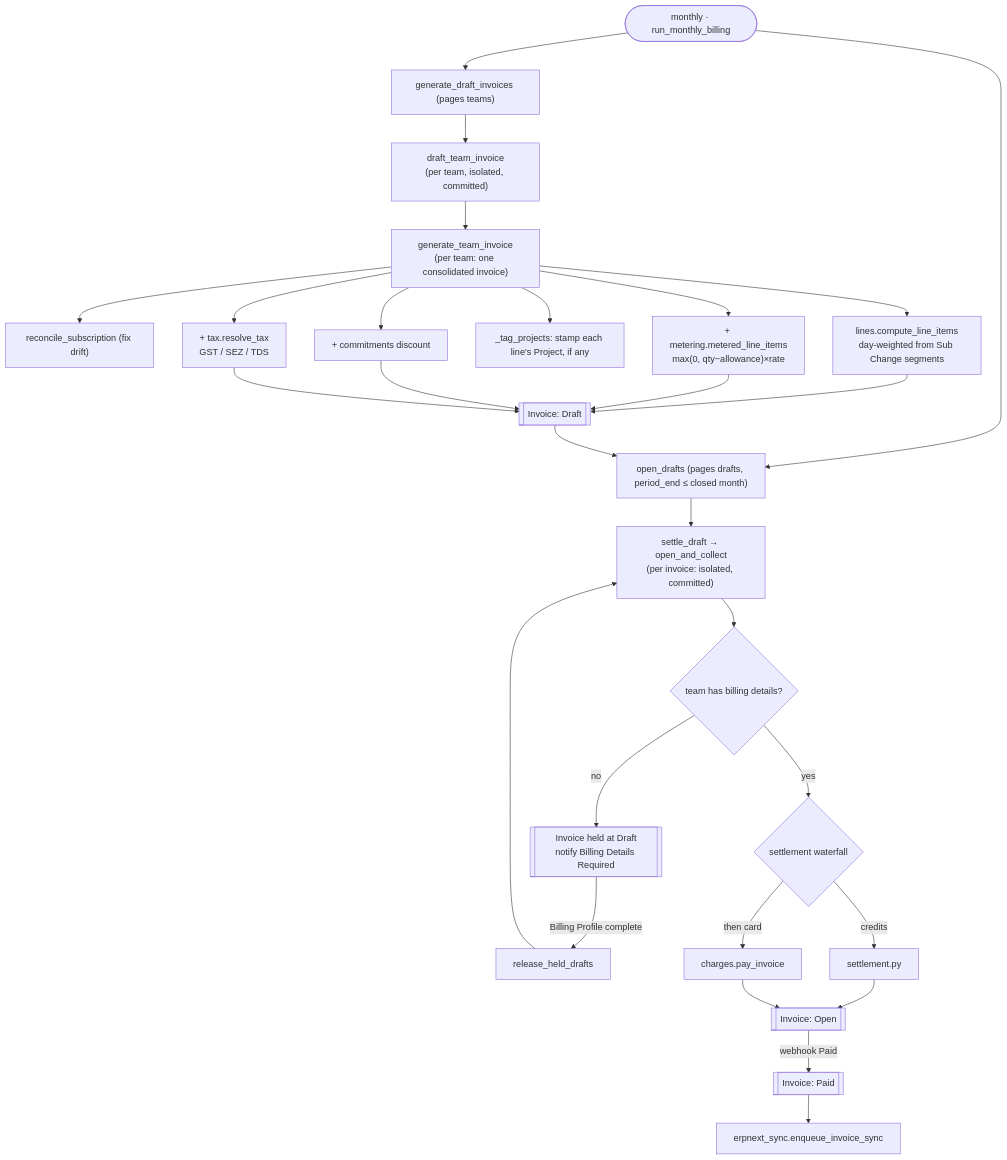
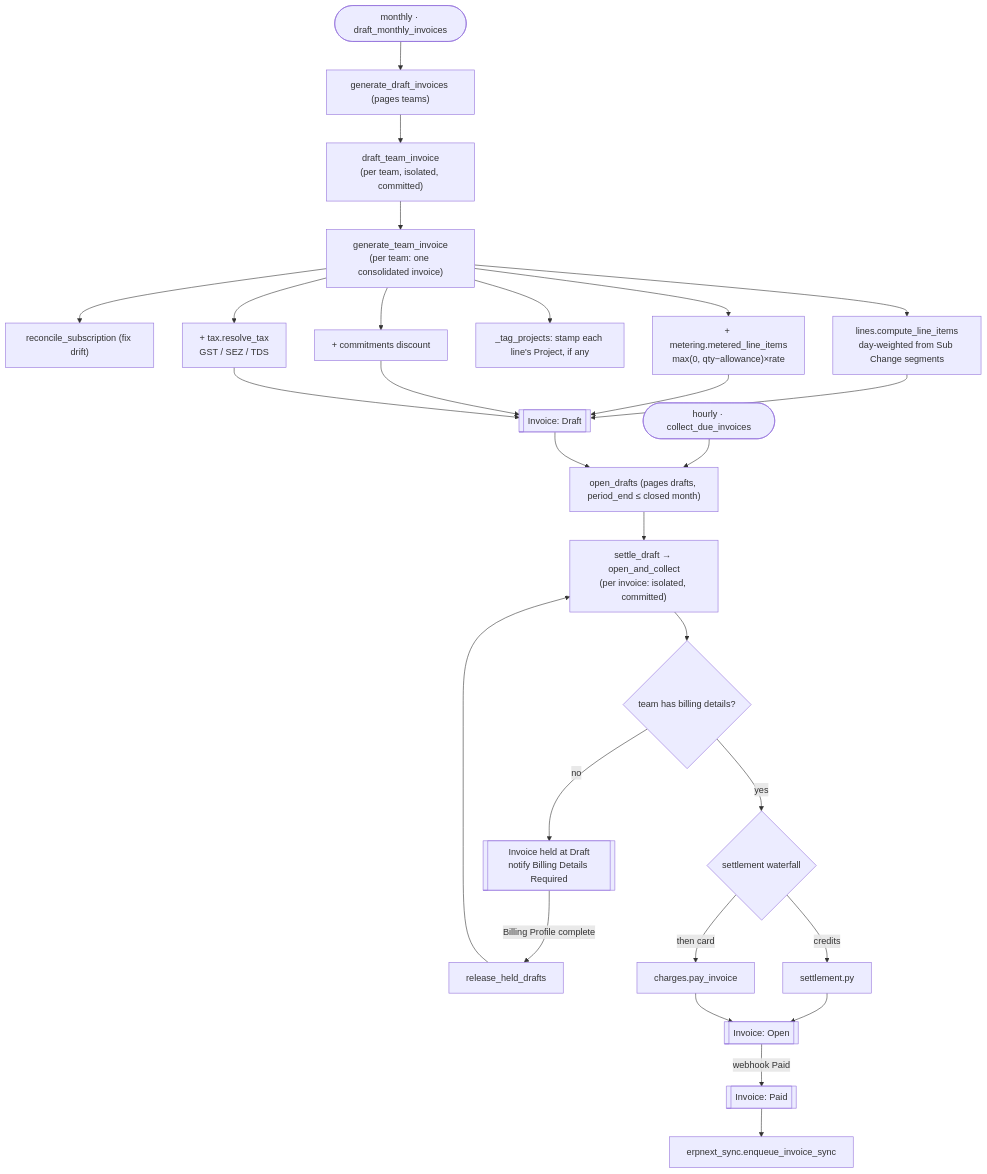
The fifth of 8 diagrams in central/billing/ARCHITECTURE.md (AryamanSharma14/central), drawn with Mermaid before and after one commit. The commit also changed other lines of this file and 6 other files, not shown here.

Commit message:
feat(billing): run the monthly billing in pages and alert when it stalls

````diff
--- a/central/billing/ARCHITECTURE.md
+++ b/central/billing/ARCHITECTURE.md
@@ -404,27 +401,27 @@
 ```mermaid
 flowchart TD
-    TICK(["monthly · run_monthly_billing"]) --> GDI["generate_draft_invoices (pages teams)"]
+    TICK(["monthly · draft_monthly_invoices"]) --> GDI["generate_draft_invoices (pages teams)"]
     GDI --> DTI["draft_team_invoice<br/>(per team, isolated, committed)"]
     DTI --> GTI["generate_team_invoice<br/>(per team: one consolidated invoice)"]
     GTI --> RS["reconcile_subscription (fix drift)"]
     GTI --> LINES["lines.compute_line_items<br/>day-weighted from Sub Change segments"]
     GTI --> MET["+ metering.metered_line_items<br/>max(0, qty−allowance)×rate"]
     GTI --> TAG["_tag_projects: stamp each line's Project, if any"]
     GTI --> DISC["+ commitments discount"]
     GTI --> TAX["+ tax.resolve_tax<br/>GST / SEZ / TDS"]
     LINES & MET & DISC & TAX --> DRAFT[["Invoice: Draft"]]
 
-    TICK --> OD["open_drafts (pages drafts, period_end ≤ closed month)"]
+    SWEEP(["hourly · collect_due_invoices"]) --> OD["open_drafts (pages drafts, period_end ≤ closed month)"]
     DRAFT --> OD
     OD --> OAC["settle_draft → open_and_collect<br/>(per invoice: isolated, committed)"]
     OAC --> HOLD{"team has billing details?"}
     HOLD -->|no| HELD[["Invoice held at Draft<br/>notify Billing Details Required"]]
     HELD -->|Billing Profile complete| REL["release_held_drafts"]
     REL --> OAC
     HOLD -->|yes| WF{"settlement waterfall"}
     WF -->|credits| CR["settlement.py"]
     WF -->|then card| CARD["charges.pay_invoice"]
     CR & CARD --> OPEN[["Invoice: Open"]]
     OPEN -->|webhook Paid| PAID[["Invoice: Paid"]]
     PAID --> SYNC["erpnext_sync.enqueue_invoice_sync"]
 ```
````
